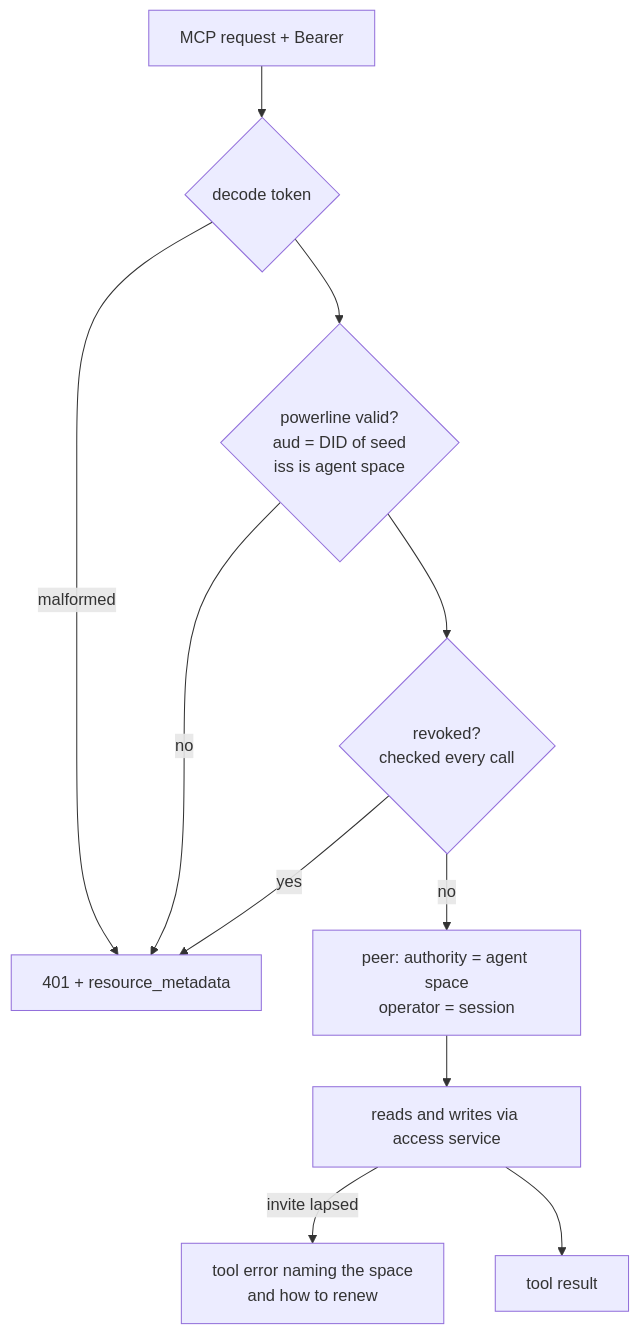
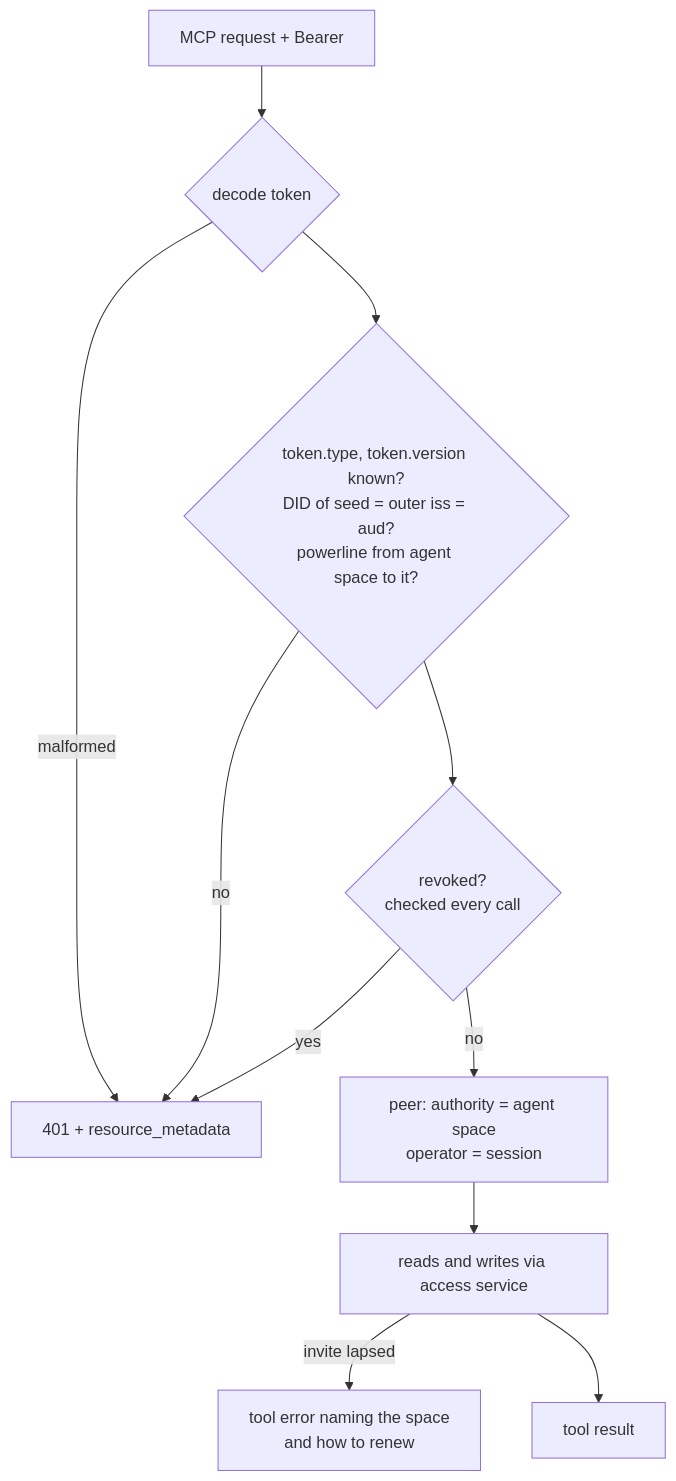
One commit to tonk-labs/tonk changed the fourth of 5 diagrams in plans/2026-10-28-hosted-agent-peer.md. Above: the diagram before and after it, drawn with Mermaid. The commit also changed other lines of this file, not shown here.

Commit message:
plans: token as a UCAN container with typed outermost delegation carrying the seed

````diff
--- a/plans/2026-10-28-hosted-agent-peer.md
+++ b/plans/2026-10-28-hosted-agent-peer.md
@@ -103,13 +112,13 @@
 ```mermaid
 flowchart TD
   req[MCP request + Bearer] --> decode{decode token}
   decode -- malformed --> e401[401 + resource_metadata]
-  decode --> verify{powerline valid?<br/>aud = DID of seed<br/>iss is agent space}
+  decode --> verify{"token.type, token.version known?<br/>DID of seed = outer iss = aud?<br/>powerline from agent space to it?"}
   verify -- no --> e401
   verify --> revoked{revoked?<br/>checked every call}
   revoked -- yes --> e401
   revoked -- no --> peer[peer: authority = agent space<br/>operator = session]
   peer --> svc[reads and writes via access service]
   svc -- invite lapsed --> terr[tool error naming the space<br/>and how to renew]
   svc --> ok[tool result]
 ```
````
